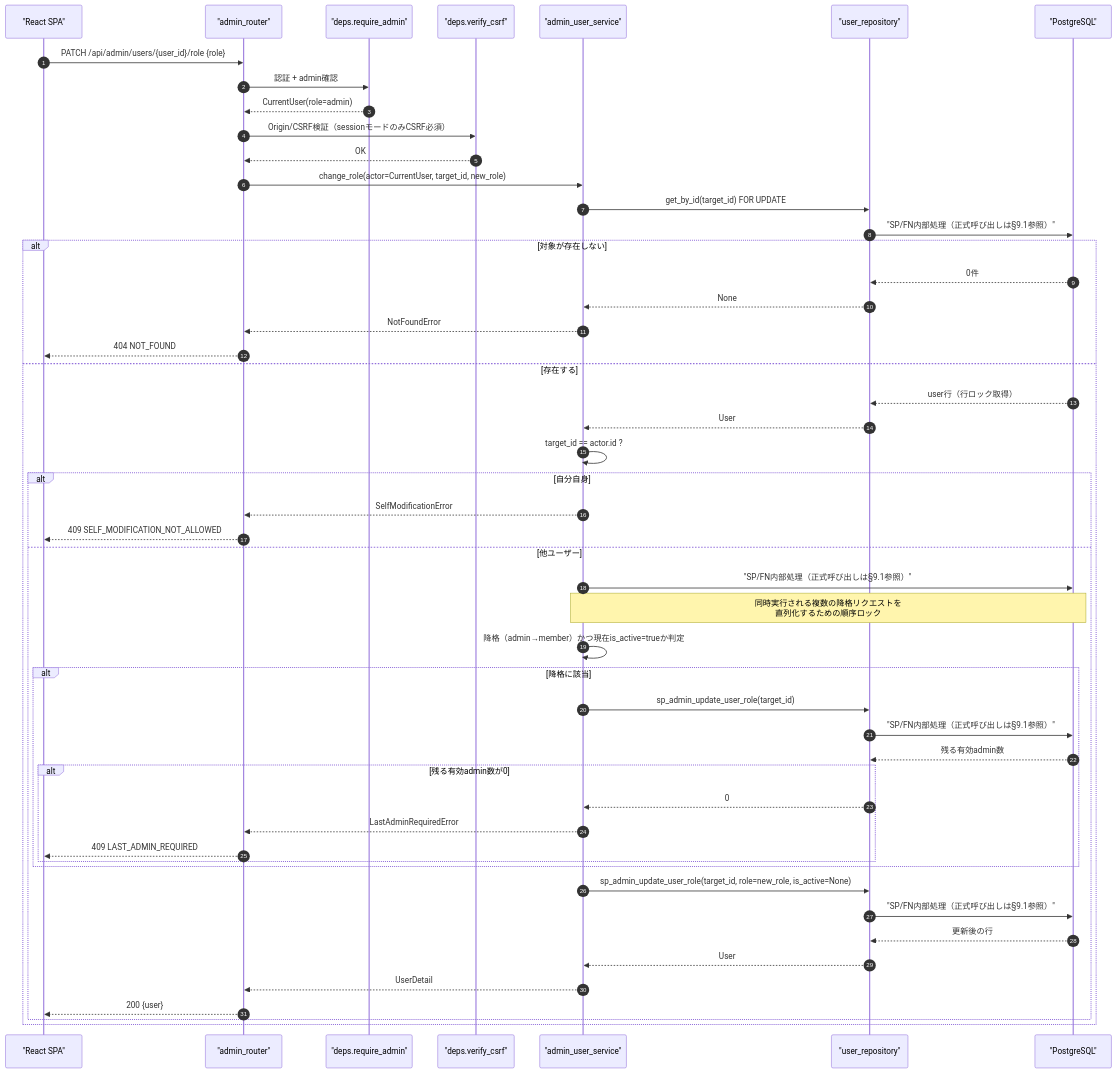
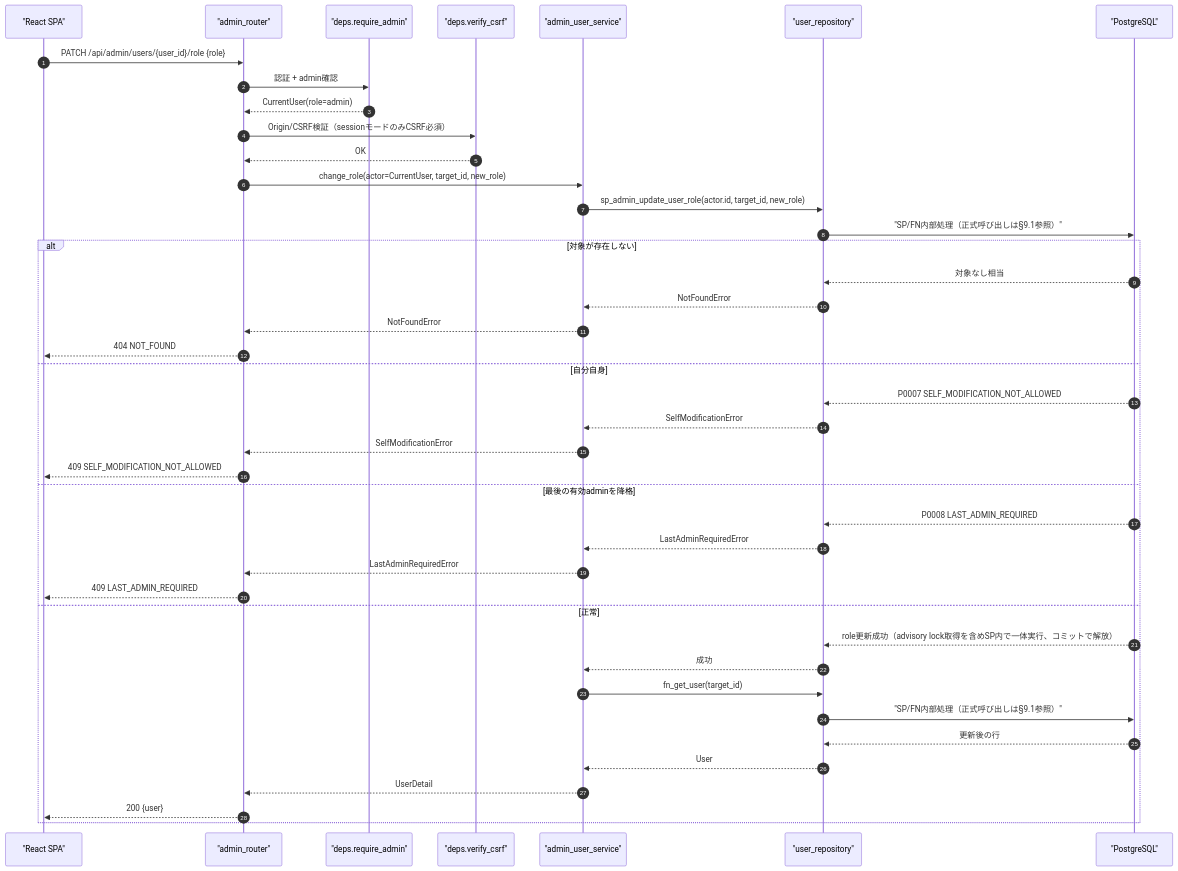
The first of 4 diagrams in detailed_design/api/admin/02_patch_admin_user_role.md (oikawa-d/task_management), drawn with Mermaid before and after one commit. The commit also changed other lines of this file and 5 other files, not shown here.

````diff
--- a/detailed_design/api/admin/02_patch_admin_user_role.md
+++ b/detailed_design/api/admin/02_patch_admin_user_role.md
@@ -91,54 +91,45 @@
 ```mermaid
 sequenceDiagram
     autonumber
     participant FE as "React SPA"
     participant R as "admin_router"
     participant D as "deps.require_admin"
     participant CSRF as "deps.verify_csrf"
     participant S as "admin_user_service"
     participant RP as "user_repository"
     participant PG as "PostgreSQL"
 
     FE->>R: PATCH /api/admin/users/{user_id}/role {role}
     R->>D: 認証 + admin確認
     D-->>R: CurrentUser(role=admin)
     R->>CSRF: Origin/CSRF検証（sessionモードのみCSRF必須）
     CSRF-->>R: OK
     R->>S: change_role(actor=CurrentUser, target_id, new_role)
-    S->>RP: get_by_id(target_id) FOR UPDATE
+    S->>RP: sp_admin_update_user_role(actor.id, target_id, new_role)
     RP->>PG: "SP/FN内部処理（正式呼び出しは§9.1参照）"
     alt 対象が存在しない
-        PG-->>RP: 0件
-        RP-->>S: None
+        PG-->>RP: 対象なし相当
+        RP-->>S: NotFoundError
         S-->>R: NotFoundError
         R-->>FE: 404 NOT_FOUND
-    else 存在する
-        PG-->>RP: user行（行ロック取得）
+    else 自分自身
+        PG-->>RP: P0007 SELF_MODIFICATION_NOT_ALLOWED
+        RP-->>S: SelfModificationError
+        S-->>R: SelfModificationError
+        R-->>FE: 409 SELF_MODIFICATION_NOT_ALLOWED
+    else 最後の有効adminを降格
+        PG-->>RP: P0008 LAST_ADMIN_REQUIRED
+        RP-->>S: LastAdminRequiredError
+        S-->>R: LastAdminRequiredError
+        R-->>FE: 409 LAST_ADMIN_REQUIRED
+    else 正常
+        PG-->>RP: role更新成功（advisory lock取得を含めSP内で一体実行、コミットで解放）
+        RP-->>S: 成功
+        S->>RP: fn_get_user(target_id)
+        RP->>PG: "SP/FN内部処理（正式呼び出しは§9.1参照）"
+        PG-->>RP: 更新後の行
         RP-->>S: User
-        S->>S: target_id == actor.id ?
-        alt 自分自身
-            S-->>R: SelfModificationError
-            R-->>FE: 409 SELF_MODIFICATION_NOT_ALLOWED
-        else 他ユーザー
-            S->>PG: "SP/FN内部処理（正式呼び出しは§9.1参照）"
-            Note over S,PG: 同時実行される複数の降格リクエストを<br/>直列化するための順序ロック
-            S->>S: 降格（admin→member）かつ現在is_active=trueか判定
-            alt 降格に該当
-                S->>RP: sp_admin_update_user_role(target_id)
-                RP->>PG: "SP/FN内部処理（正式呼び出しは§9.1参照）"
-                PG-->>RP: 残る有効admin数
-                alt 残る有効admin数が0
-                    RP-->>S: 0
-                    S-->>R: LastAdminRequiredError
-                    R-->>FE: 409 LAST_ADMIN_REQUIRED
-                end
-            end
-            S->>RP: sp_admin_update_user_role(target_id, role=new_role, is_active=None)
-            RP->>PG: "SP/FN内部処理（正式呼び出しは§9.1参照）"
-            PG-->>RP: 更新後の行
-            RP-->>S: User
-            S-->>R: UserDetail
-            R-->>FE: 200 {user}
-        end
+        S-->>R: UserDetail
+        R-->>FE: 200 {user}
     end
 ```
````
